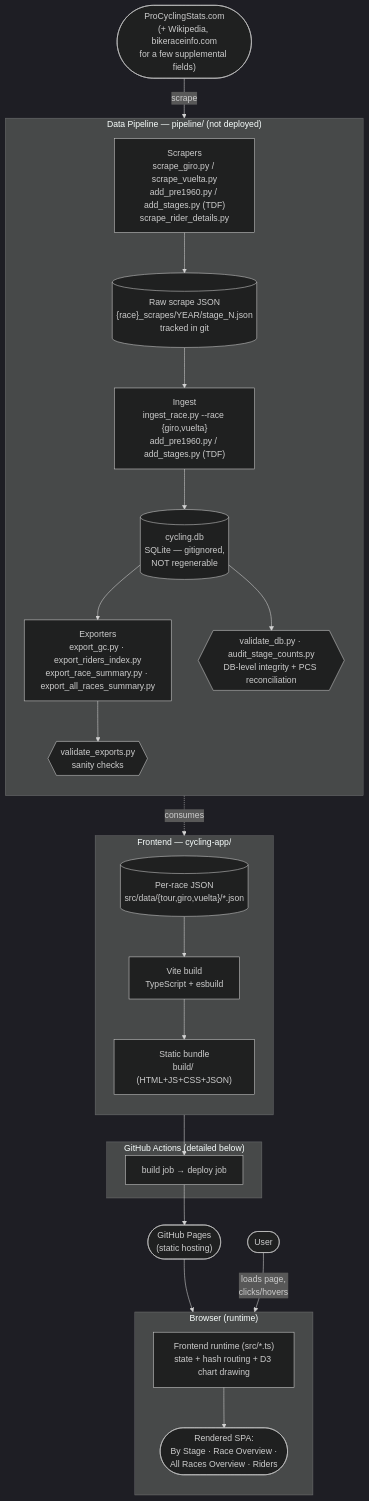
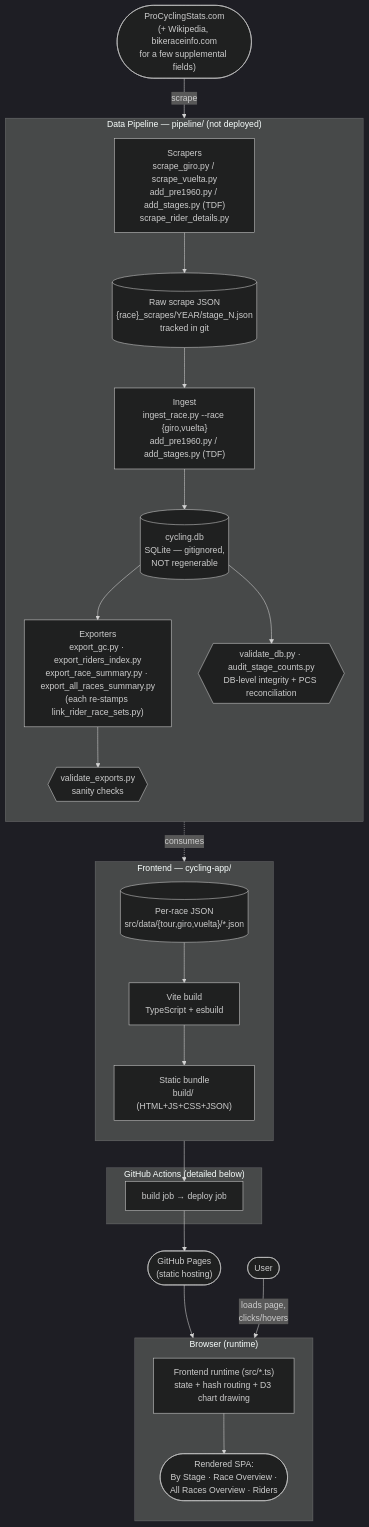
One commit to eshiflet/tdf-analytics changed the first of 3 diagrams in architecture.md. Above: the diagram before and after it, drawn with Mermaid (dark theme). The commit also changed other lines of this file and 1 other file, not shown here.

````diff
--- a/architecture.md
+++ b/architecture.md
@@ -11,47 +11,47 @@
 ```mermaid
 flowchart TD
     PCS(["ProCyclingStats.com<br/>(+ Wikipedia, bikeraceinfo.com<br/>for a few supplemental fields)"])
 
     subgraph PIPELINE["Data Pipeline — pipeline/ (not deployed)"]
         direction TB
         SCRAPE["Scrapers<br/>scrape_giro.py / scrape_vuelta.py<br/>add_pre1960.py / add_stages.py (TDF)<br/>scrape_rider_details.py"]
         RAW[("Raw scrape JSON<br/>{race}_scrapes/YEAR/stage_N.json<br/>tracked in git")]
         INGEST["Ingest<br/>ingest_race.py --race {giro,vuelta}<br/>add_pre1960.py / add_stages.py (TDF)"]
         DB[("cycling.db<br/>SQLite — gitignored,<br/>NOT regenerable")]
-        EXPORT["Exporters<br/>export_gc.py · export_riders_index.py<br/>export_race_summary.py · export_all_races_summary.py"]
+        EXPORT["Exporters<br/>export_gc.py · export_riders_index.py<br/>export_race_summary.py · export_all_races_summary.py<br/>(each re-stamps link_rider_race_sets.py)"]
         VALIDATE{{"validate_exports.py<br/>sanity checks"}}
         DBCHECK{{"validate_db.py · audit_stage_counts.py<br/>DB-level integrity + PCS reconciliation"}}
 
         SCRAPE --> RAW --> INGEST --> DB --> EXPORT --> VALIDATE
         DB --> DBCHECK
     end
 
     subgraph FRONTEND["Frontend — cycling-app/"]
         direction TB
         DATA[("Per-race JSON<br/>src/data/{tour,giro,vuelta}/*.json")]
         VITE["Vite build<br/>TypeScript + esbuild"]
         BUNDLE["Static bundle<br/>build/ (HTML+JS+CSS+JSON)"]
 
         DATA --> VITE --> BUNDLE
     end
 
     subgraph CI["GitHub Actions (detailed below)"]
         GHA["build job → deploy job"]
     end
 
     PAGES(["GitHub Pages<br/>(static hosting)"])
 
     subgraph CLIENT["Browser (runtime)"]
         direction TB
         MAINTS["Frontend runtime (src/*.ts)<br/>state + hash routing + D3 chart drawing"]
         DOM(["Rendered SPA:<br/>By Stage · Race Overview ·<br/>All Races Overview · Riders"])
         MAINTS --> DOM
     end
 
     USER(["User"])
 
     PCS -->|scrape| SCRAPE
     VALIDATE -.->|consumes| DATA
     BUNDLE --> GHA --> PAGES --> MAINTS
     USER -->|"loads page,<br/>clicks/hovers"| DOM
 ```
````
